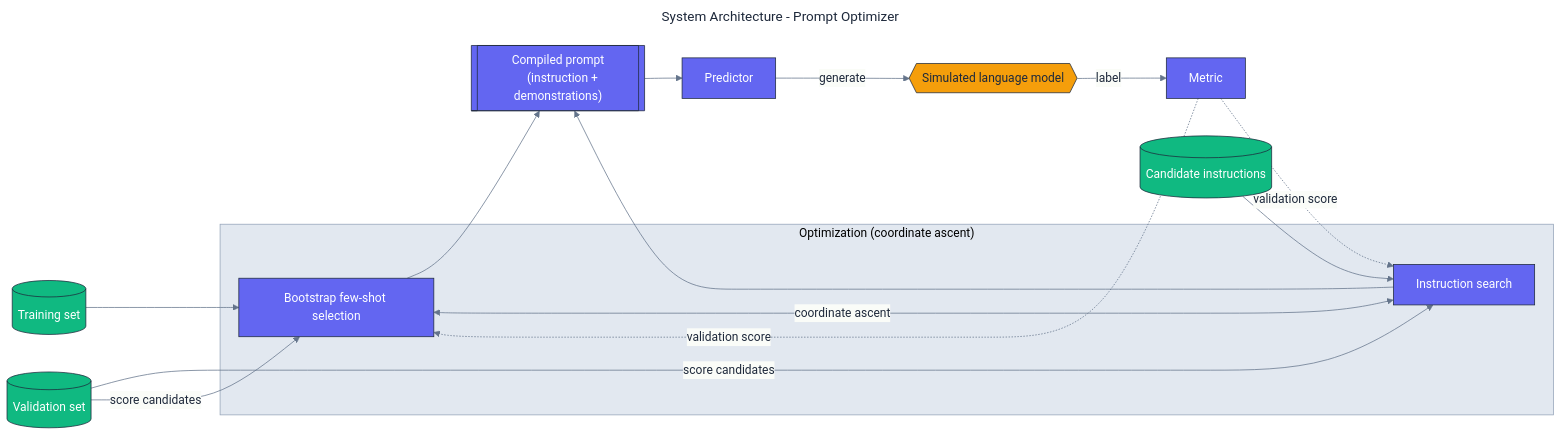
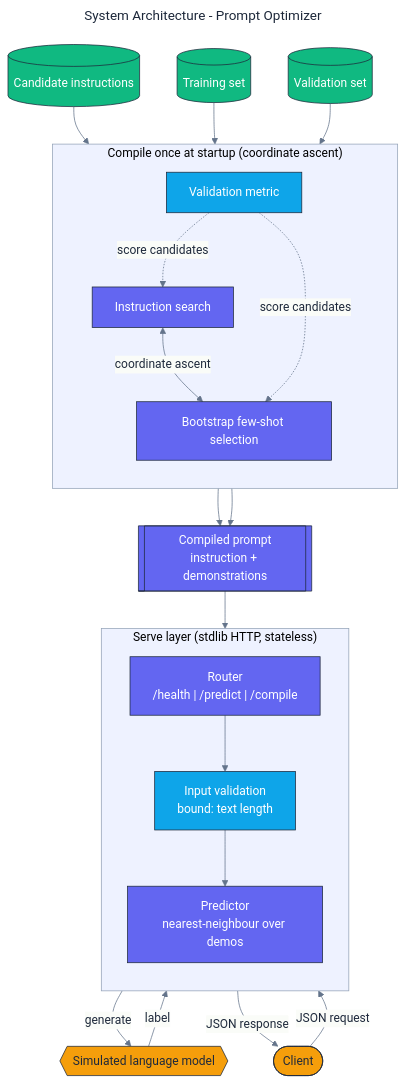
One commit to adeoluo/prompt-optimizer changed the diagram in docs/architecture/architecture.mmd. Above: the diagram before and after it, drawn with Mermaid. The commit also changed 9 other files, not shown here.

```diff
--- a/docs/architecture/architecture.mmd
+++ b/docs/architecture/architecture.mmd
@@ -1,45 +1,55 @@
 ---
 title: System Architecture - Prompt Optimizer
 config:
   theme: base
   themeVariables:
     fontFamily: "Inter, system-ui, sans-serif"
     primaryColor: "#F8FAFC"
     primaryBorderColor: "#1E293B"
     primaryTextColor: "#1E293B"
     lineColor: "#64748B"
-    clusterBkg: "#E2E8F0"
+    clusterBkg: "#EEF2FF"
     clusterBorder: "#94A3B8"
 ---
-flowchart LR
+flowchart TB
+    classDef edge     fill:#F59E0B,stroke:#1E293B,color:#1E293B,stroke-width:1px;
     classDef core     fill:#6366F1,stroke:#1E293B,color:#ffffff,stroke-width:1px;
     classDef data     fill:#10B981,stroke:#1E293B,color:#ffffff,stroke-width:1px;
-    classDef external fill:#F59E0B,stroke:#1E293B,color:#1E293B,stroke-width:1px;
+    classDef control  fill:#0EA5E9,stroke:#1E293B,color:#ffffff,stroke-width:1px;
+    classDef obs      fill:#CBD5E1,stroke:#1E293B,color:#1E293B,stroke-width:1px;
 
     Train[(Training set)]:::data
     Dev[(Validation set)]:::data
     Candidates[(Candidate instructions)]:::data
 
-    subgraph Compile["Optimization (coordinate ascent)"]
+    subgraph Compile["Compile once at startup (coordinate ascent)"]
+        direction TB
         Instruction[Instruction search]:::core
         FewShot[Bootstrap few-shot selection]:::core
+        Metric[Validation metric]:::control
     end
 
-    Prompt[["Compiled prompt
-    (instruction + demonstrations)"]]:::core
-    Predictor[Predictor]:::core
-    Model{{Simulated language model}}:::external
-    Metric[Metric]:::core
+    Prompt[["Compiled prompt<br/>instruction + demonstrations"]]:::core
+
+    subgraph Serve["Serve layer (stdlib HTTP, stateless)"]
+        direction TB
+        Router["Router<br/>/health | /predict | /compile"]:::core
+        Validate["Input validation<br/>bound: text length"]:::control
+        Predictor["Predictor<br/>nearest-neighbour over demos"]:::core
+    end
+
+    Model{{Simulated language model}}:::edge
+    Client([Client]):::edge
 
     Candidates --> Instruction
     Train --> FewShot
     Instruction <-->|coordinate ascent| FewShot
-    Dev -->|score candidates| Instruction
-    Dev -->|score candidates| FewShot
+    Dev --> Metric
+    Metric -.->|score candidates| Instruction
+    Metric -.->|score candidates| FewShot
     Instruction --> Prompt
     FewShot --> Prompt
     Prompt --> Predictor
+    Client -->|JSON request| Router --> Validate --> Predictor
     Predictor -->|generate| Model
-    Model -->|label| Metric
-    Metric -.->|validation score| Instruction
-    Metric -.->|validation score| FewShot
+    Model -->|label| Router -->|JSON response| Client
```
